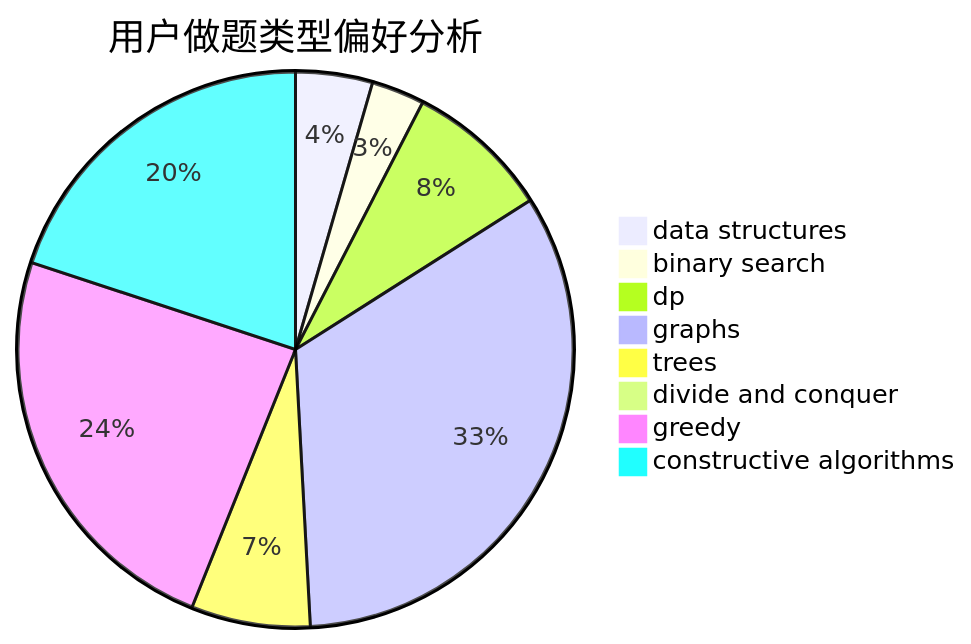
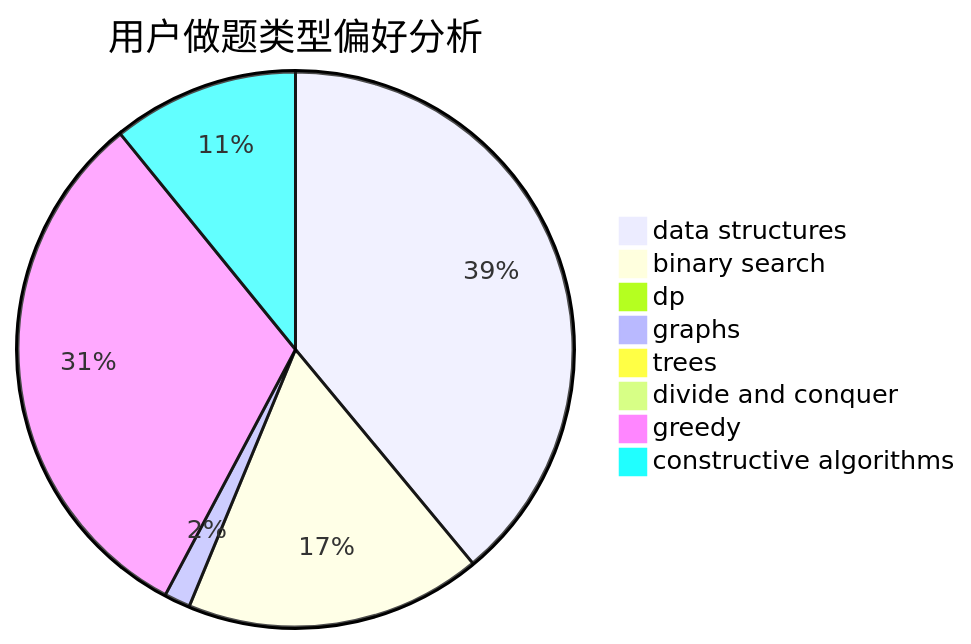
Before and after one commit to sherpahu/cfrs.github.io: the second of 3 diagrams in docs/user/u256.md, drawn with Mermaid. The commit also changed other lines of this file and 2770 other files, not shown here.

````diff
--- a/docs/user/u256.md
+++ b/docs/user/u256.md
@@ -23,11 +23,11 @@
 ```mermaid
 pie title 用户做题类型偏好分析
-    "data structures" :  42
-    "binary search" :  29
-    "dp" :  79
-    "graphs" :  311
-    "trees" :  65
-    "divide and conquer" :  0
-    "greedy" :  225
-    "constructive algorithms" :  187
+    "data structures" :  359
+    "binary search" :  159
+    "dp" :  5
+    "graphs" :  14
+    "trees" :  0
+    "divide and conquer" :  1
+    "greedy" :  289
+    "constructive algorithms" :  100
 ```
````
